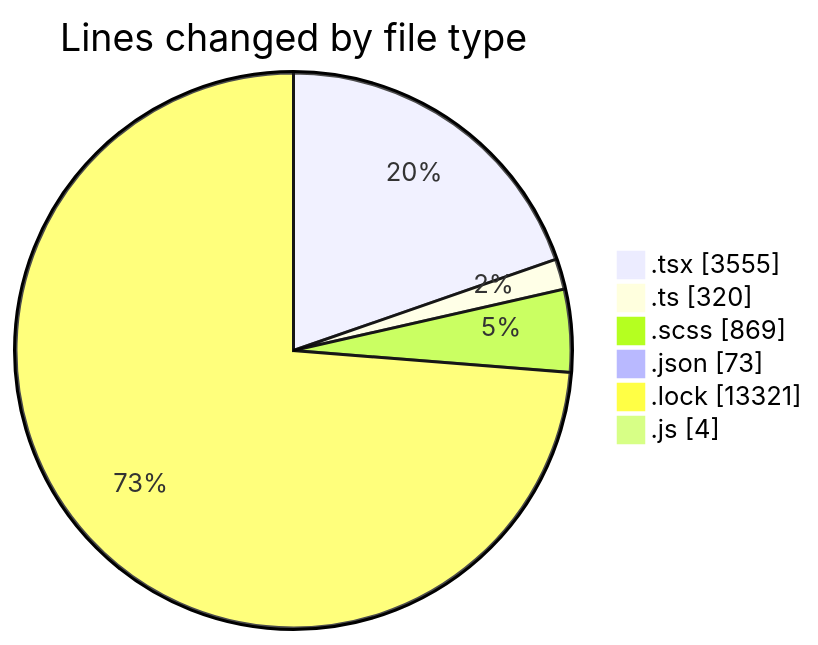
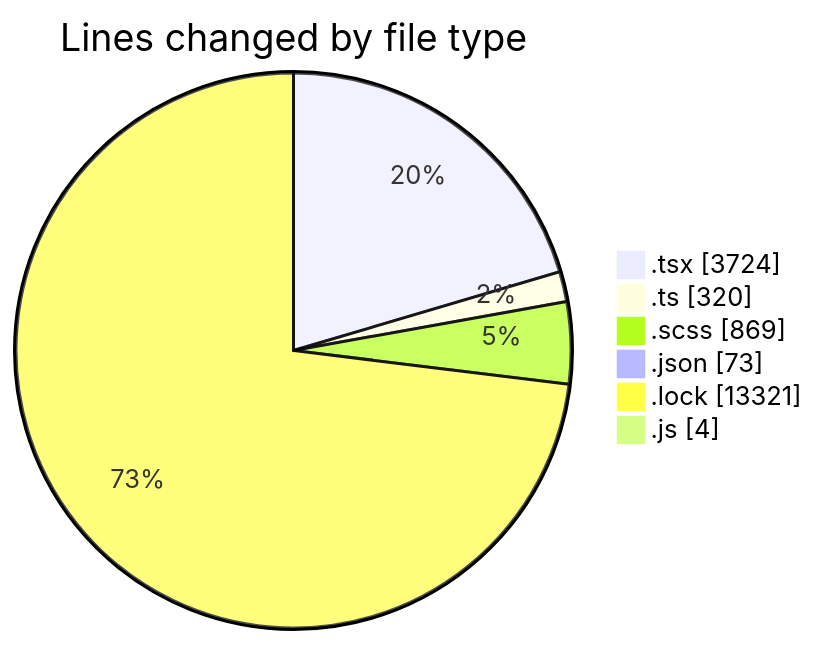
One commit to momahboobian/code-tracking changed the first of 2 diagrams in 2025-02-12/cda/README.md. Above: the diagram before and after it, drawn with Mermaid. The commit also changed other lines of this file and 1 other file, not shown here.

````diff
--- a/2025-02-12/cda/README.md
+++ b/2025-02-12/cda/README.md
@@ -41,10 +41,10 @@
 ```mermaid
 pie showData
 title Lines changed by file type
-".tsx" : 3555
+".tsx" : 3724
 ".ts" : 320
 ".scss" : 869
 ".json" : 73
 ".lock" : 13321
 ".js" : 4
 ```
````
